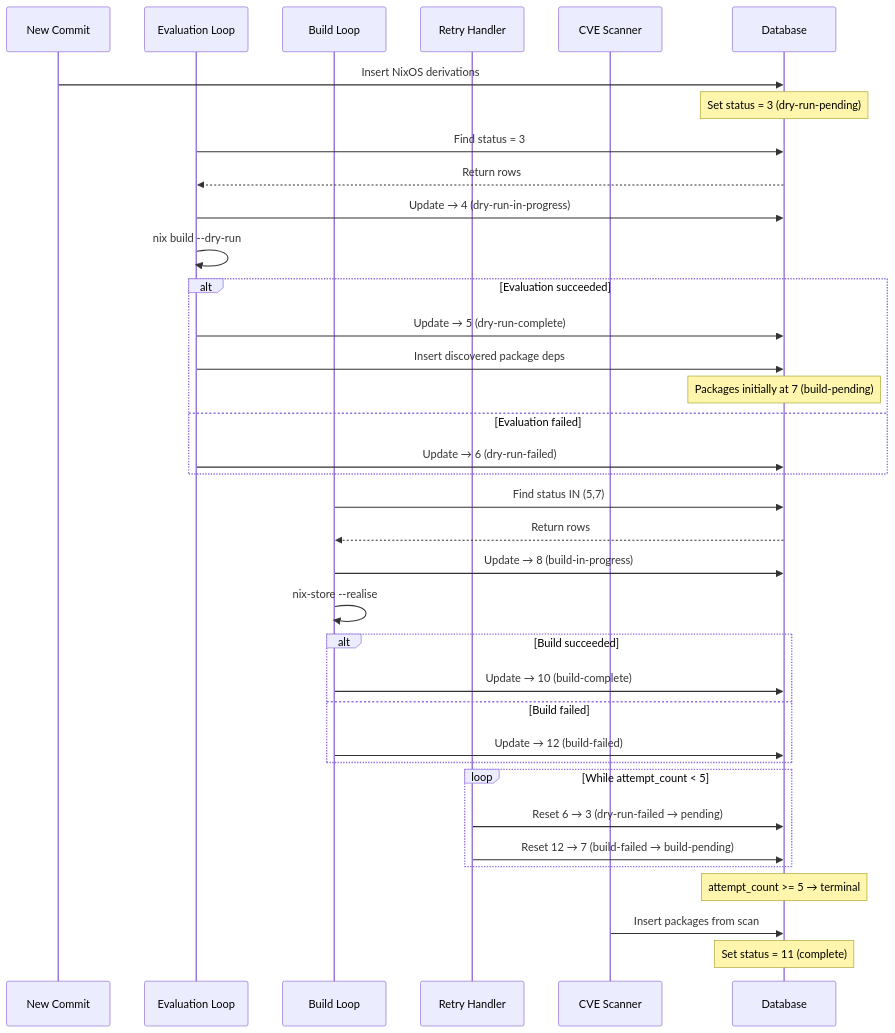
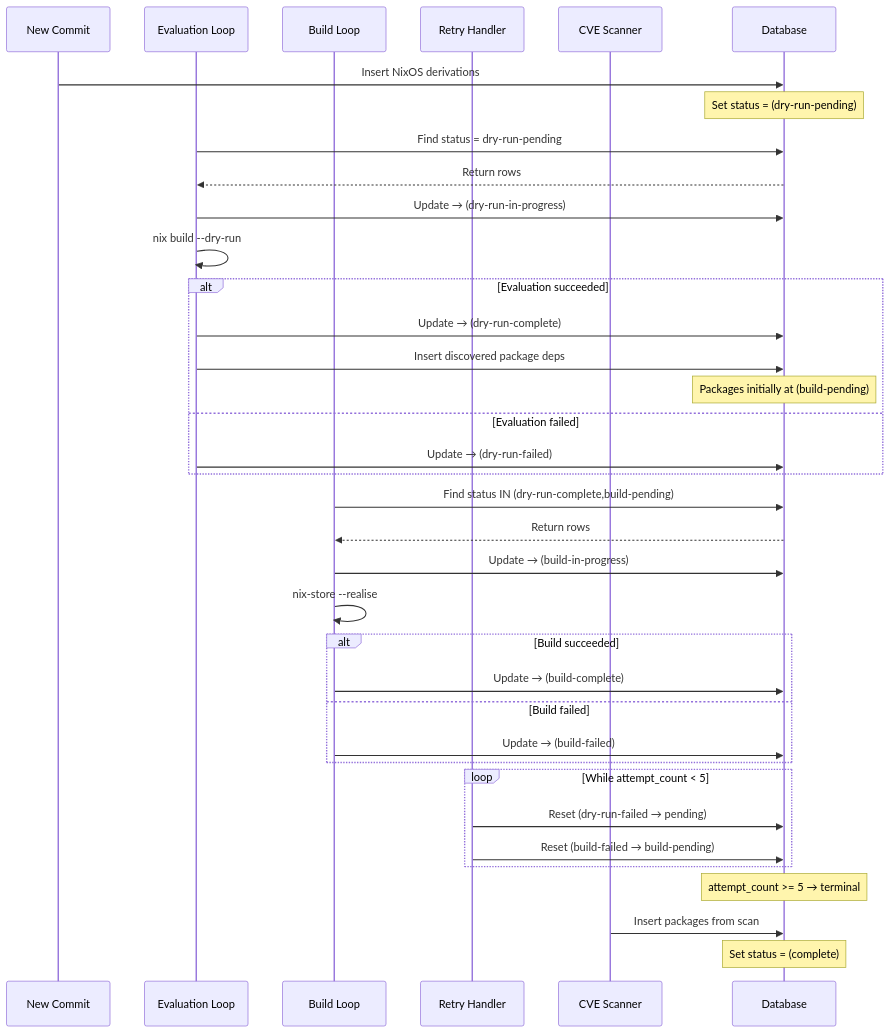
The diagram in docs/derivation-status.md (usmcamp0811/crystal-forge), drawn with Mermaid before and after one commit.

````diff
--- a/docs/derivation-status.md
+++ b/docs/derivation-status.md
@@ -9,50 +9,50 @@
 ```mermaid
 sequenceDiagram
     participant Commit as New Commit
     participant Eval as Evaluation Loop
     participant Build as Build Loop
     participant Retry as Retry Handler
     participant CVE as CVE Scanner
     participant DB as Database
 
     %% Commit discovery
     Commit->>DB: Insert NixOS derivations
-    Note over DB: Set status = 3 (dry-run-pending)
+    Note over DB: Set status = (dry-run-pending)
 
     %% Evaluation loop
-    Eval->>DB: Find status = 3
+    Eval->>DB: Find status = dry-run-pending
     DB-->>Eval: Return rows
-    Eval->>DB: Update → 4 (dry-run-in-progress)
+    Eval->>DB: Update → (dry-run-in-progress)
     Eval->>Eval: nix build --dry-run
 
     alt Evaluation succeeded
-        Eval->>DB: Update → 5 (dry-run-complete)
+        Eval->>DB: Update → (dry-run-complete)
         Eval->>DB: Insert discovered package deps
-        Note over DB: Packages initially at 7 (build-pending)
+        Note over DB: Packages initially at (build-pending)
     else Evaluation failed
-        Eval->>DB: Update → 6 (dry-run-failed)
+        Eval->>DB: Update → (dry-run-failed)
     end
 
     %% Build loop
-    Build->>DB: Find status IN (5,7)
+    Build->>DB: Find status IN (dry-run-complete,build-pending)
     DB-->>Build: Return rows
-    Build->>DB: Update → 8 (build-in-progress)
+    Build->>DB: Update → (build-in-progress)
     Build->>Build: nix-store --realise
 
     alt Build succeeded
-        Build->>DB: Update → 10 (build-complete)
+        Build->>DB: Update → (build-complete)
     else Build failed
-        Build->>DB: Update → 12 (build-failed)
+        Build->>DB: Update → (build-failed)
     end
 
     %% Retry handler
     loop While attempt_count < 5
-        Retry->>DB: Reset 6 → 3 (dry-run-failed → pending)
-        Retry->>DB: Reset 12 → 7 (build-failed → build-pending)
+        Retry->>DB: Reset (dry-run-failed → pending)
+        Retry->>DB: Reset (build-failed → build-pending)
     end
     Note over DB: attempt_count >= 5 → terminal
 
     %% Alternative entry via CVE scanning
     CVE->>DB: Insert packages from scan
-    Note over DB: Set status = 11 (complete)
+    Note over DB: Set status = (complete)
 ```
````
